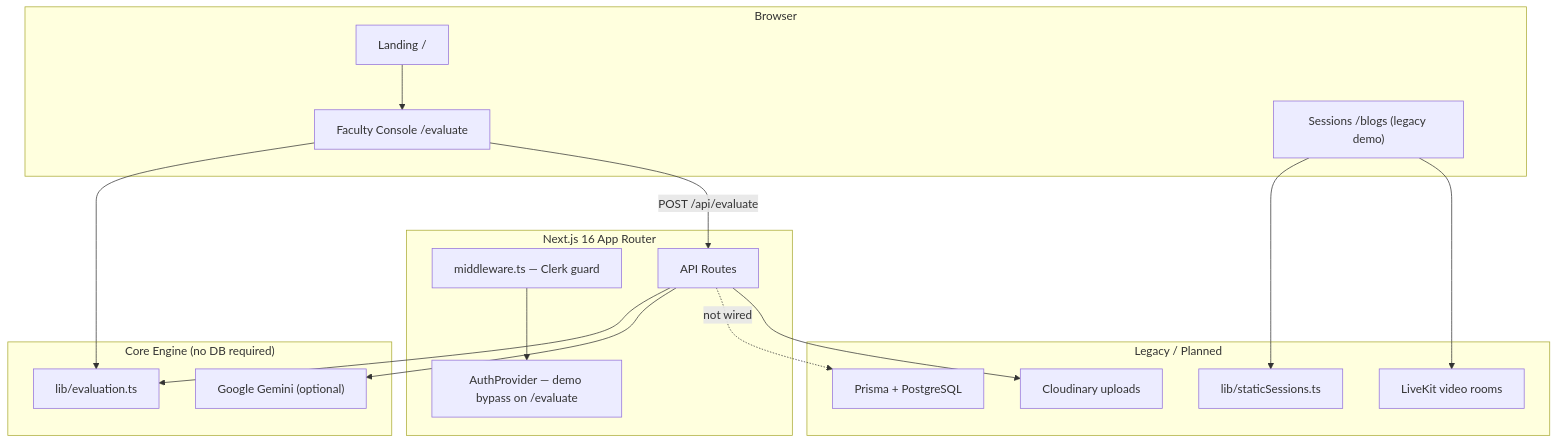
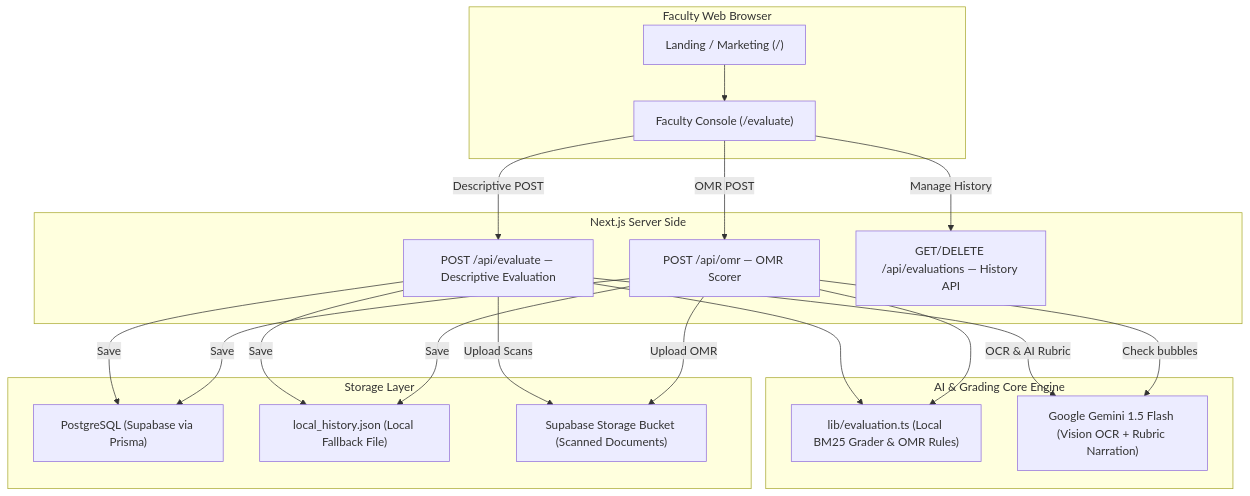
Before and after one commit to DevSars24/PrepForge: the first of 2 diagrams in README.md, drawn with Mermaid. The commit also changed other lines of this file and 41 other files, not shown here.

Commit message:
Clean up codebase: remove legacy blogs, sessions, Clerk auth, and add evaluation history local storage fallback

````diff
--- a/README.md
+++ b/README.md
@@ -50,38 +34,41 @@
 ```mermaid
 flowchart TB
-    subgraph Client["Browser"]
-        LP["Landing /"]
-        FC["Faculty Console /evaluate"]
-        SES["Sessions /blogs (legacy demo)"]
+    subgraph Client["Faculty Web Browser"]
+        FC["Faculty Console (/evaluate)"]
+        LP["Landing / Marketing (/)"]
     end
 
-    subgraph NextJS["Next.js 16 App Router"]
-        MW["middleware.ts — Clerk guard"]
-        AP["AuthProvider — demo bypass on /evaluate"]
-        API["API Routes"]
+    subgraph Server["Next.js Server Side"]
+        API_E["POST /api/evaluate — Descriptive Evaluation"]
+        API_O["POST /api/omr — OMR Scorer"]
+        API_H["GET/DELETE /api/evaluations — History API"]
     end
 
-    subgraph Core["Core Engine (no DB required)"]
-        EV["lib/evaluation.ts"]
-        GEM["Google Gemini (optional)"]
+    subgraph Engine["AI & Grading Core Engine"]
+        LE["lib/evaluation.ts (Local BM25 Grader & OMR Rules)"]
+        GEM["Google Gemini 1.5 Flash (Vision OCR + Rubric Narration)"]
     end
 
-    subgraph Legacy["Legacy / Planned"]
-        SS["lib/staticSessions.ts"]
-        PR["Prisma + PostgreSQL"]
-        LK["LiveKit video rooms"]
-        CL["Cloudinary uploads"]
+    subgraph Storage["Storage Layer"]
+        DB["PostgreSQL (Supabase via Prisma)"]
+        FILE["local_history.json (Local Fallback File)"]
+        SUPA["Supabase Storage Bucket (Scanned Documents)"]
     end
 
     LP --> FC
-    FC --> EV
-    FC -->|POST /api/evaluate| API
-    API --> EV
-    API --> GEM
+    FC -->|Descriptive POST| API_E
+    FC -->|OMR POST| API_O
+    FC -->|Manage History| API_H
 
-    SES --> SS
-    SES --> LK
-    MW --> AP
-    API -.->|not wired| PR
-    API --> CL
+    API_E --> LE
+    API_E -->|OCR & AI Rubric| GEM
+    API_E -->|Save| DB
+    API_E -->|Save| FILE
+    API_E -->|Upload Scans| SUPA
+
+    API_O --> LE
+    API_O -->|Check bubbles| GEM
+    API_O -->|Save| DB
+    API_O -->|Save| FILE
+    API_O -->|Upload OMR| SUPA
 ```
````
